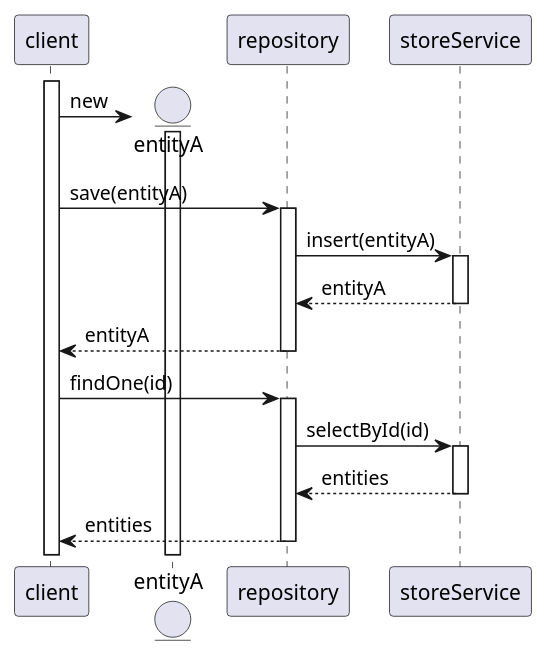
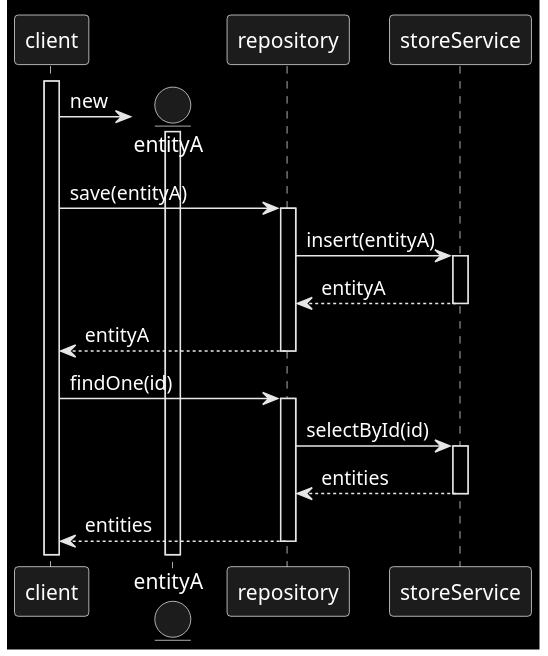
One commit to rscai/rscai.github.io changed the first of 9 diagrams in _posts/2020-04-16-apply-repository-pattern-by-spring-data.adoc. Above: the diagram before and after it, drawn with PlantUML. The commit also changed other lines of this file, not shown here.

```diff
--- a/_posts/2020-04-16-apply-repository-pattern-by-spring-data.adoc
+++ b/_posts/2020-04-16-apply-repository-pattern-by-spring-data.adoc
@@ -28,30 +30,32 @@
 [plantuml]
 ....
 @startuml
+skinparam monochrome reverse
+
 participant client
 entity entityA
 participant repository
 participant storeService
 
 create entityA
 activate client
 client -> entityA: new
 activate entityA
 client -> repository: save(entityA)
 activate repository
 repository -> storeService: insert(entityA)
 activate storeService
 repository <-- storeService: entityA
 deactivate storeService
 client <-- repository: entityA
 deactivate repository
 client -> repository: findOne(id)
 activate repository
 repository -> storeService: selectById(id)
 activate storeService
 repository <-- storeService: entities
 deactivate storeService
 client <-- repository: entities
 deactivate repository
 @enduml
 ....
```
